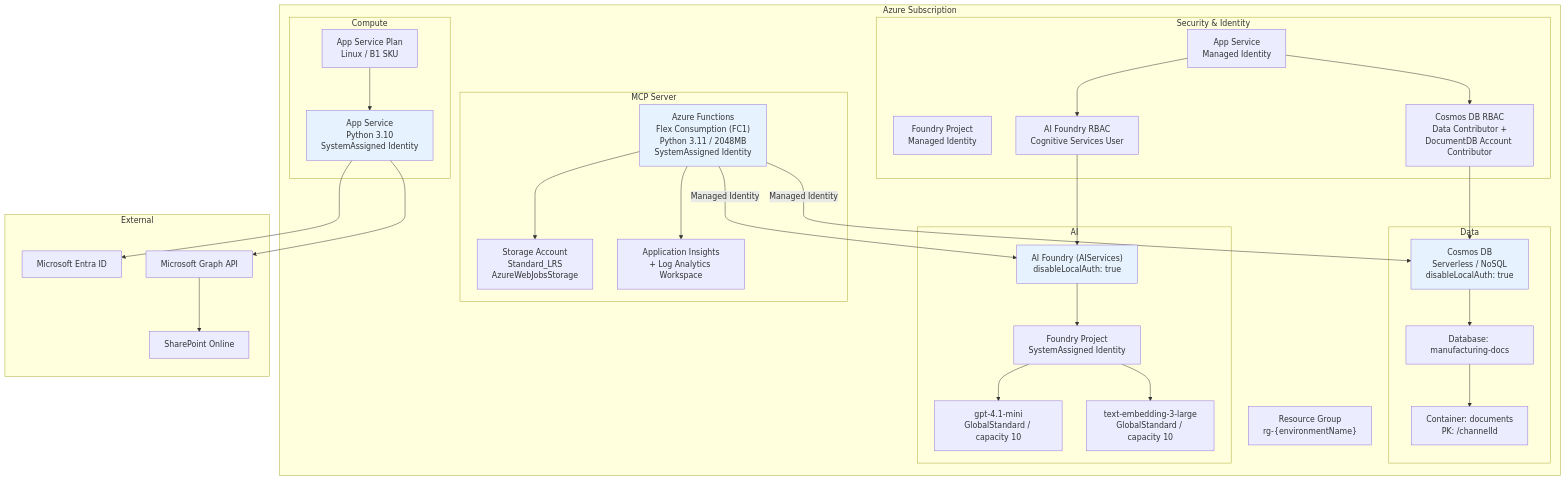
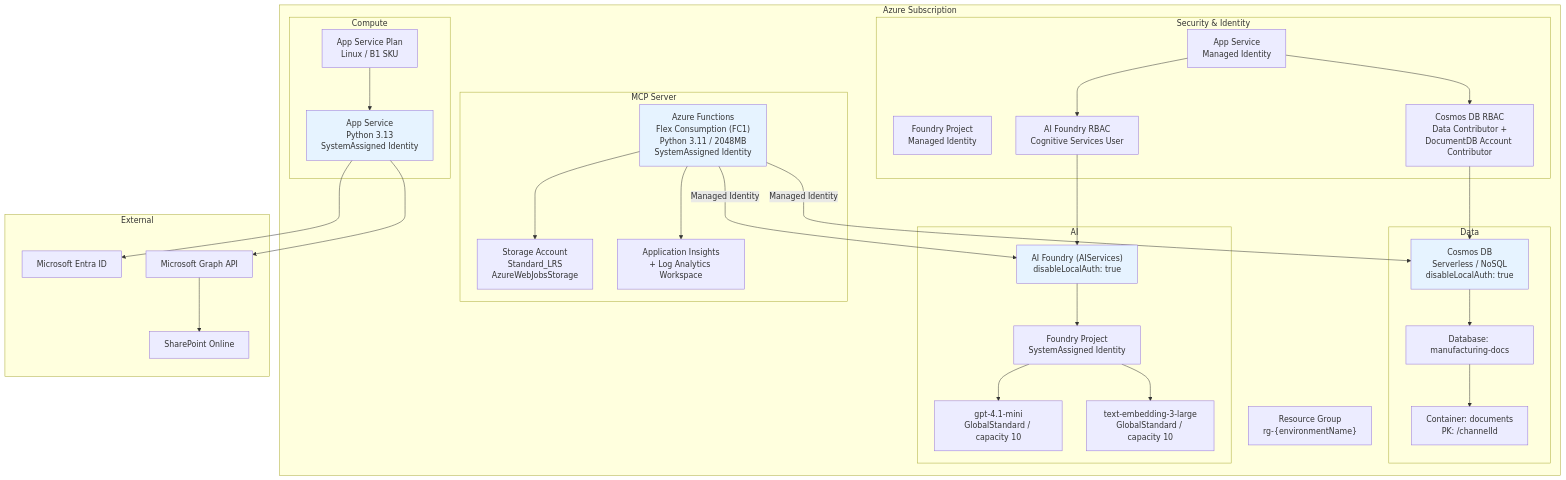
Before and after one commit to hatasaki/Manufacturing-Intelligent-Document-Management: diagram 18 of 20 in docs/ARCHITECTURE.md, drawn with Mermaid. The commit also changed other lines of this file and 6 other files, not shown here.

Commit message:
- Updated the Python version for app service - Enhance document classification and the relationship analysis

````diff
--- a/docs/ARCHITECTURE.md
+++ b/docs/ARCHITECTURE.md
@@ -682,62 +682,62 @@
 ```mermaid
 graph TB
     subgraph "Azure Subscription"
         RG["Resource Group<br/>rg-{environmentName}"]
 
         subgraph "Compute"
             ASP["App Service Plan<br/>Linux / B1 SKU"]
-            APP["App Service<br/>Python 3.10<br/>SystemAssigned Identity"]
+            APP["App Service<br/>Python 3.13<br/>SystemAssigned Identity"]
         end
 
         subgraph "Data"
             COSMOS["Cosmos DB<br/>Serverless / NoSQL<br/>disableLocalAuth: true"]
             DB["Database: manufacturing-docs"]
             CONT["Container: documents<br/>PK: /channelId"]
         end
 
         subgraph "AI"
             AI_SVC["AI Foundry (AIServices)<br/>disableLocalAuth: true"]
             PROJECT["Foundry Project<br/>SystemAssigned Identity"]
             GPT_DEP["gpt-4.1-mini<br/>GlobalStandard / capacity 10"]
             EMB_DEP["text-embedding-3-large<br/>GlobalStandard / capacity 10"]
         end
 
         subgraph "MCP Server"
             MCP_FUNC["Azure Functions<br/>Flex Consumption (FC1)<br/>Python 3.11 / 2048MB<br/>SystemAssigned Identity"]
             MCP_STORAGE["Storage Account<br/>Standard_LRS<br/>AzureWebJobsStorage"]
             MCP_INSIGHTS["Application Insights<br/>+ Log Analytics Workspace"]
         end
 
         subgraph "Security & Identity"
             MI_APP["App Service<br/>Managed Identity"]
             MI_PROJ["Foundry Project<br/>Managed Identity"]
             RBAC_COSMOS["Cosmos DB RBAC<br/>Data Contributor +<br/>DocumentDB Account Contributor"]
             RBAC_AI["AI Foundry RBAC<br/>Cognitive Services User"]
         end
     end
 
     subgraph "External"
         ENTRA["Microsoft Entra ID"]
         GRAPH["Microsoft Graph API"]
         SP["SharePoint Online"]
     end
 
     ASP --> APP
     COSMOS --> DB --> CONT
     AI_SVC --> PROJECT
     PROJECT --> GPT_DEP
     PROJECT --> EMB_DEP
     MI_APP --> RBAC_COSMOS --> COSMOS
     MI_APP --> RBAC_AI --> AI_SVC
     APP --> ENTRA
     APP --> GRAPH --> SP
     MCP_FUNC -->|"Managed Identity"| COSMOS
     MCP_FUNC -->|"Managed Identity"| AI_SVC
     MCP_FUNC --> MCP_STORAGE
     MCP_FUNC --> MCP_INSIGHTS
 
     style COSMOS fill:#e6f3ff
     style AI_SVC fill:#e6f3ff
     style APP fill:#e6f3ff
     style MCP_FUNC fill:#e6f3ff
 ```
````
